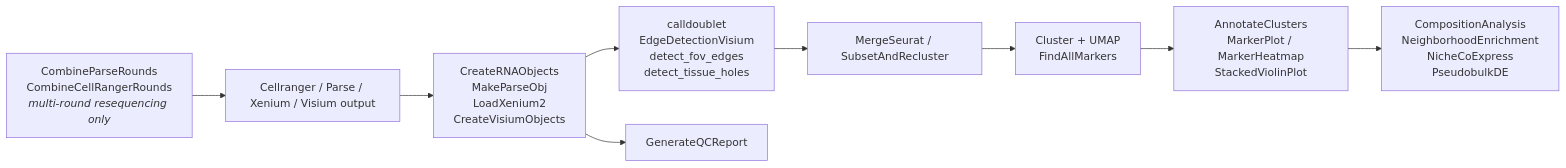
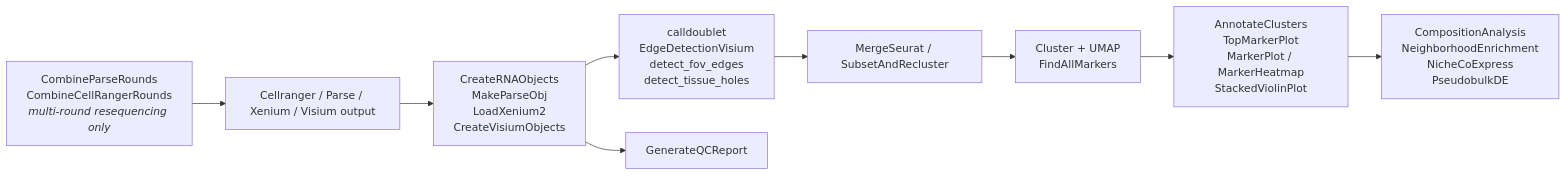
One commit to gevensen95/SingleCellTools changed the diagram in README.md. Above: the diagram before and after it, drawn with Mermaid. The commit also changed other lines of this file and 10 other files, not shown here.

````diff
--- a/README.md
+++ b/README.md
@@ -296,11 +297,11 @@
 ```mermaid
 flowchart LR
     Z[CombineParseRounds<br/>CombineCellRangerRounds<br/><i>multi-round resequencing only</i>] --> A
     A[Cellranger / Parse / Xenium / Visium output] --> B[CreateRNAObjects<br/>MakeParseObj<br/>LoadXenium2<br/>CreateVisiumObjects]
     B --> C[calldoublet<br/>EdgeDetectionVisium<br/>detect_fov_edges<br/>detect_tissue_holes]
     B --> Q[GenerateQCReport]
     C --> D[MergeSeurat / SubsetAndRecluster]
     D --> E[Cluster + UMAP<br/>FindAllMarkers]
-    E --> F[AnnotateClusters<br/>MarkerPlot / MarkerHeatmap<br/>StackedViolinPlot]
+    E --> F[AnnotateClusters<br/>TopMarkerPlot<br/>MarkerPlot / MarkerHeatmap<br/>StackedViolinPlot]
     F --> G[CompositionAnalysis<br/>NeighborhoodEnrichment<br/>NicheCoExpress<br/>PseudobulkDE]
 ```
````
